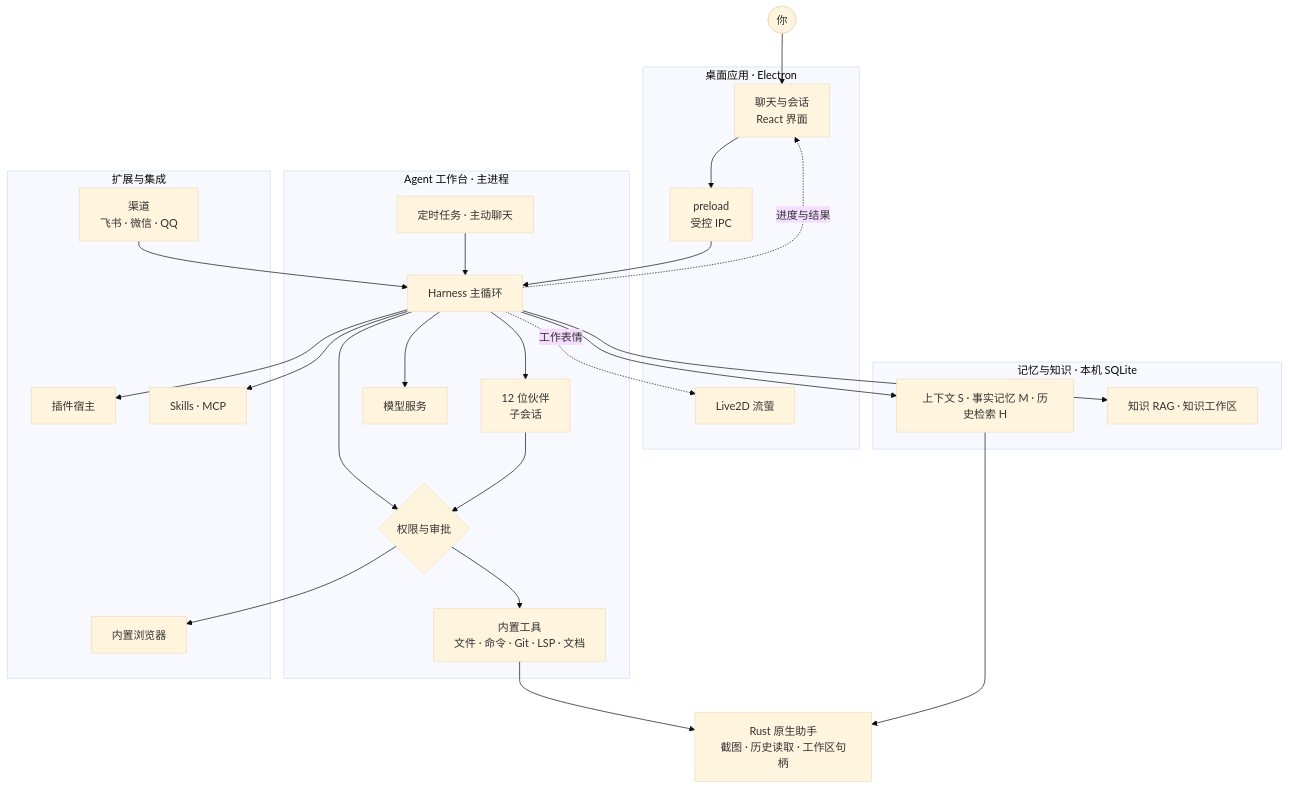
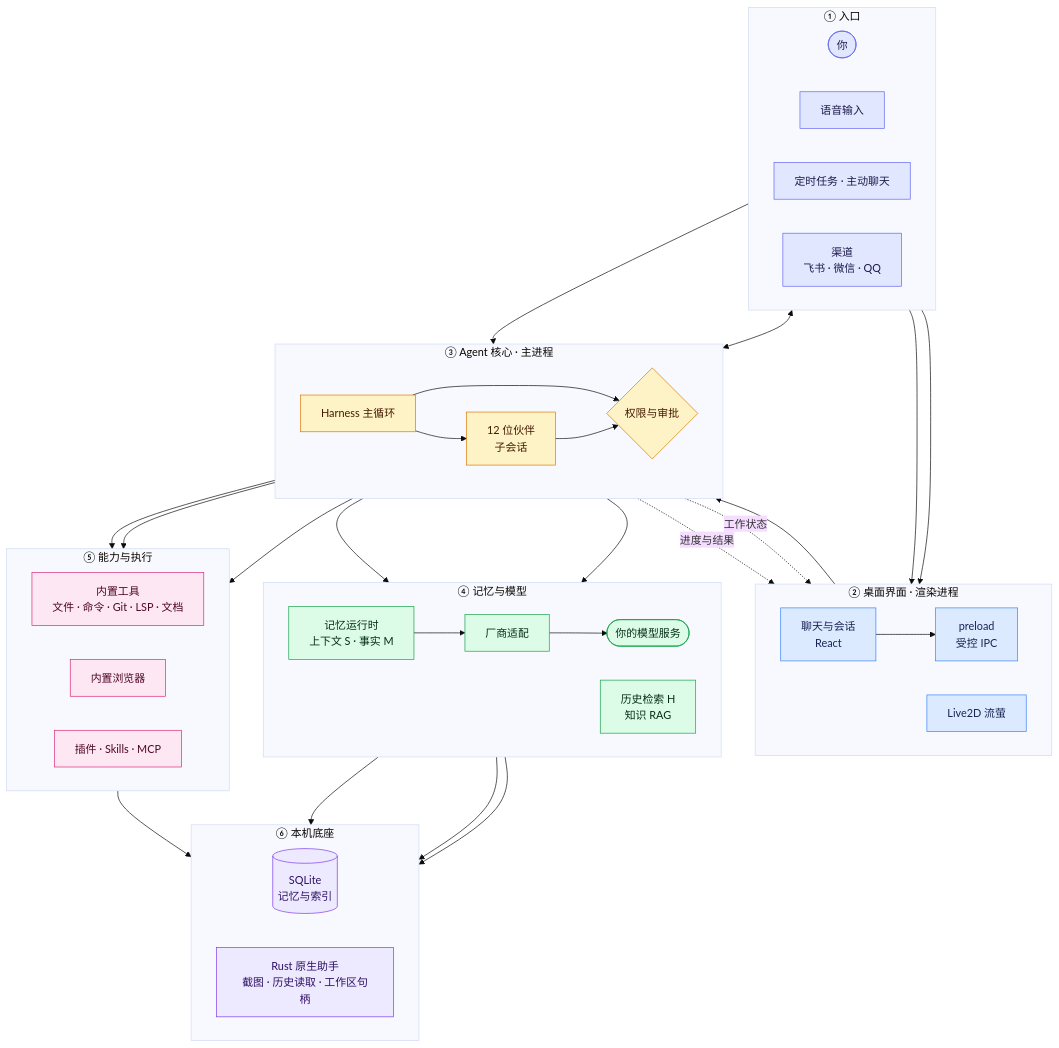
One commit to Firefly-0423/Firefly-Agent changed the diagram in README.md. Above: the diagram before and after it, drawn with Mermaid (base theme). The commit also changed other lines of this file and 11 other files, not shown here.

````diff
--- a/README.md
+++ b/README.md
@@ -128,46 +138,73 @@
 ```mermaid
 flowchart TB
-  user(["你"])
-  subgraph app["桌面应用 · Electron"]
-    ui["聊天与会话<br/>React 界面"]
+  subgraph L1["① 入口"]
+    direction LR
+    user(["你"])
+    voice["语音输入"]
+    timers["定时任务 · 主动聊天"]
+    channels["渠道<br/>飞书 · 微信 · QQ"]
+  end
+  subgraph L2["② 桌面界面 · 渲染进程"]
+    direction LR
+    ui["聊天与会话<br/>React"]
     live2d["Live2D 流萤"]
-    bridge["preload<br/>受控 IPC"]
+    ipc["preload<br/>受控 IPC"]
   end
-  subgraph core["Agent 工作台 · 主进程"]
+  subgraph L3["③ Agent 核心 · 主进程"]
+    direction LR
     harness["Harness 主循环"]
     partners["12 位伙伴<br/>子会话"]
     perm{"权限与审批"}
+  end
+  subgraph L4["④ 记忆与模型"]
+    direction LR
+    context["记忆运行时<br/>上下文 S · 事实 M"]
+    recall["历史检索 H<br/>知识 RAG"]
+    vendors["厂商适配"]
+    models(["你的模型服务"])
+  end
+  subgraph L5["⑤ 能力与执行"]
+    direction LR
     tools["内置工具<br/>文件 · 命令 · Git · LSP · 文档"]
-    models["模型服务"]
-    triggers["定时任务 · 主动聊天"]
+    browser["内置浏览器"]
+    extensions["插件 · Skills · MCP"]
   end
-  subgraph memory["记忆与知识 · 本机 SQLite"]
-    mem["上下文 S · 事实记忆 M · 历史检索 H"]
-    rag["知识 RAG · 知识工作区"]
+  subgraph L6["⑥ 本机底座"]
+    direction LR
+    store[("SQLite<br/>记忆与索引")]
+    native["Rust 原生助手<br/>截图 · 历史读取 · 工作区句柄"]
   end
-  subgraph ext["扩展与集成"]
-    browser["内置浏览器"]
-    plugins["插件宿主"]
-    skills["Skills · MCP"]
-    channels["渠道<br/>飞书 · 微信 · QQ"]
-  end
-  native["Rust 原生助手<br/>截图 · 历史读取 · 工作区句柄"]
 
-  user --> ui --> bridge --> harness
-  triggers --> harness
-  channels --> harness
-  harness --> models
+  user --> ui
+  voice --> ui
+  ui --> ipc --> harness
+  timers --> harness
+  channels <--> harness
   harness --> partners
+  harness --> context --> vendors --> models
+  harness --> recall
   harness --> perm
   partners --> perm
   perm --> tools
   perm --> browser
-  harness --> mem
-  harness --> rag
-  harness --> plugins
-  harness --> skills
+  perm --> extensions
+  context --> store
+  recall --> store
+  recall --> native
   tools --> native
-  mem --> native
   harness -. "进度与结果" .-> ui
-  harness -. "工作表情" .-> live2d
+  harness -. "工作状态" .-> live2d
+
+  classDef entry fill:#e0e7ff,stroke:#6366f1,color:#1e1b4b
+  classDef face fill:#dbeafe,stroke:#3b82f6,color:#172554
+  classDef core fill:#fef3c7,stroke:#d97706,color:#451a03
+  classDef mind fill:#dcfce7,stroke:#16a34a,color:#052e16
+  classDef act fill:#fce7f3,stroke:#db2777,color:#500724
+  classDef base fill:#ede9fe,stroke:#7c3aed,color:#2e1065
+  class user,voice,timers,channels entry
+  class ui,live2d,ipc face
+  class harness,partners,perm core
+  class context,recall,vendors,models mind
+  class tools,browser,extensions act
+  class store,native base
 ```
````
